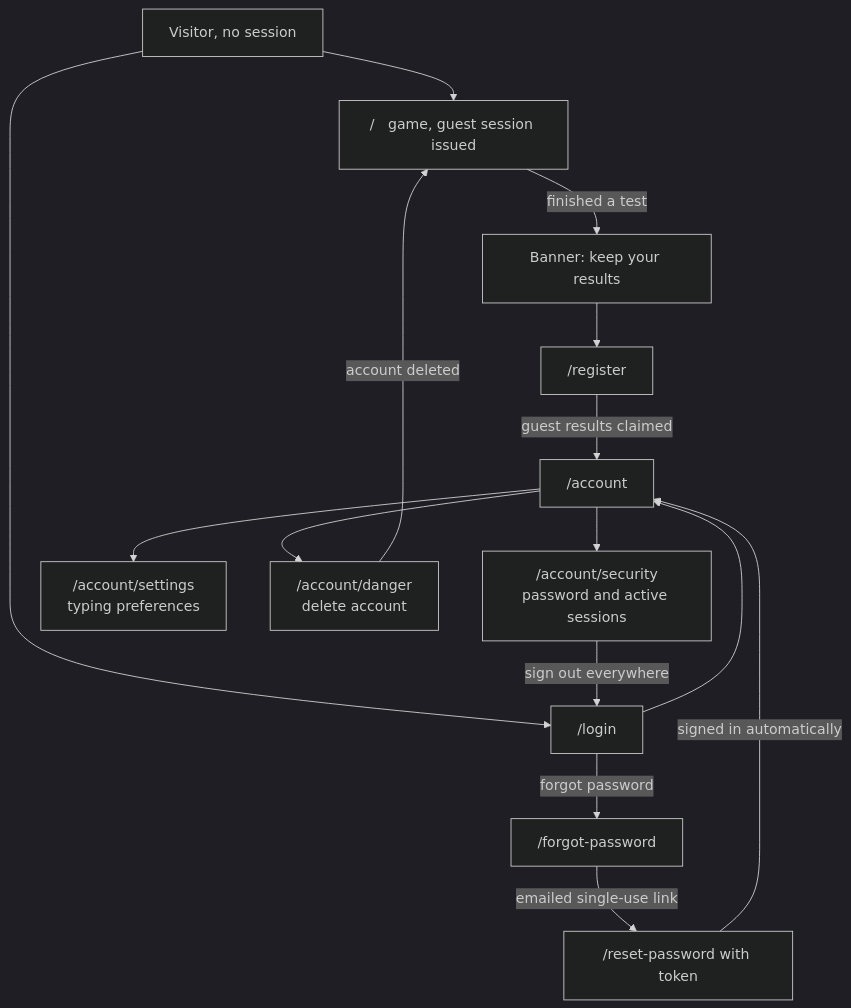
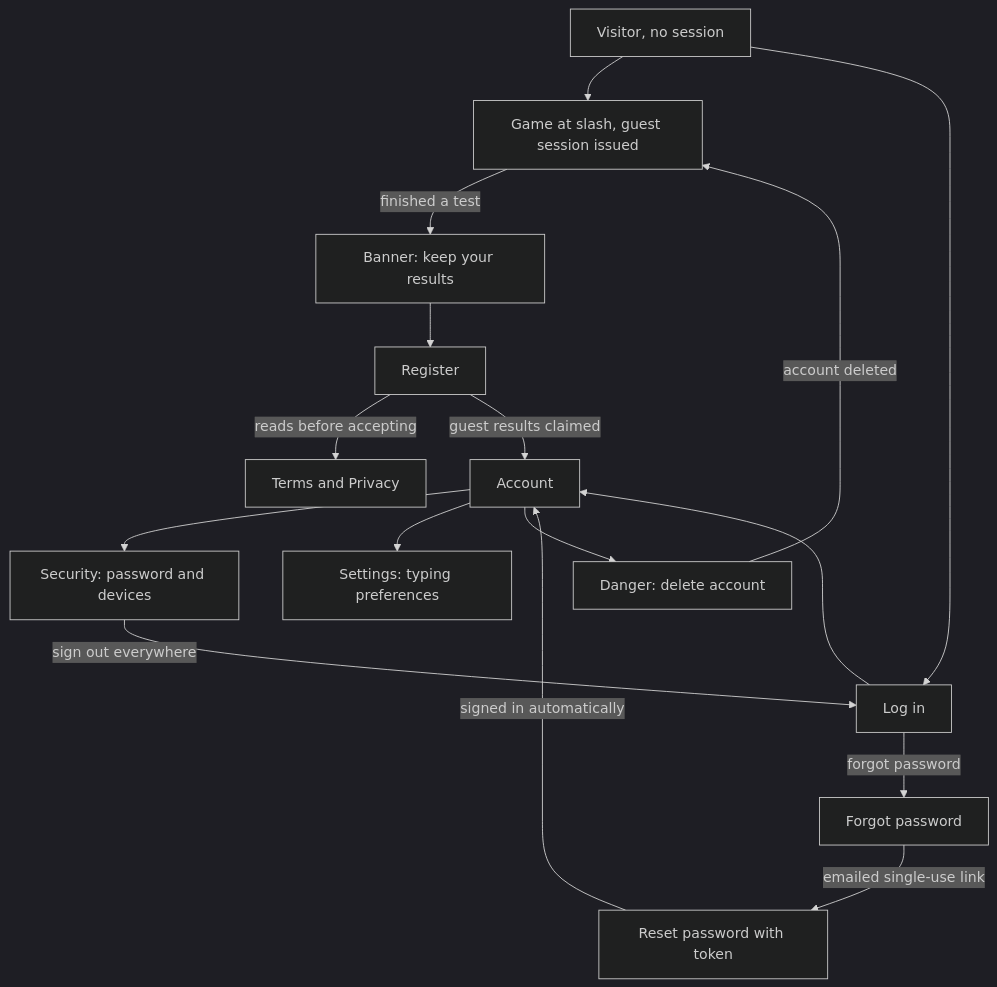
The seventh of 8 diagrams in spec/features/001-authentication-and-users.md (gBoole01/sdd-typing-game), drawn with Mermaid (dark theme) before and after one commit. The commit also changed other lines of this file and 5 other files, not shown here.

````diff
--- a/spec/features/001-authentication-and-users.md
+++ b/spec/features/001-authentication-and-users.md
@@ -778,17 +1119,18 @@
 ```mermaid
 flowchart TD
-    V["Visitor, no session"] --> G["/ &nbsp; game, guest session issued"]
+    V["Visitor, no session"] --> G["Game at slash, guest session issued"]
     G -->|"finished a test"| CTA["Banner: keep your results"]
-    CTA --> REG["/register"]
-    V --> LOG["/login"]
-    LOG -->|"forgot password"| FP["/forgot-password"]
-    FP -->|"emailed single-use link"| RP["/reset-password with token"]
-    REG -->|"guest results claimed"| ACC["/account"]
+    CTA --> REG["Register"]
+    V --> LOG["Log in"]
+    LOG -->|"forgot password"| FP["Forgot password"]
+    FP -->|"emailed single-use link"| RP["Reset password with token"]
+    REG -->|"reads before accepting"| TERMS["Terms and Privacy"]
+    REG -->|"guest results claimed"| ACC["Account"]
     LOG --> ACC
     RP -->|"signed in automatically"| ACC
-    ACC --> SEC["/account/security<br/>password and active sessions"]
-    ACC --> SET["/account/settings<br/>typing preferences"]
-    ACC --> DAN["/account/danger<br/>delete account"]
+    ACC --> SEC["Security: password and devices"]
+    ACC --> SET["Settings: typing preferences"]
+    ACC --> DAN["Danger: delete account"]
     SEC -->|"sign out everywhere"| LOG
     DAN -->|"account deleted"| G
 ```
````
